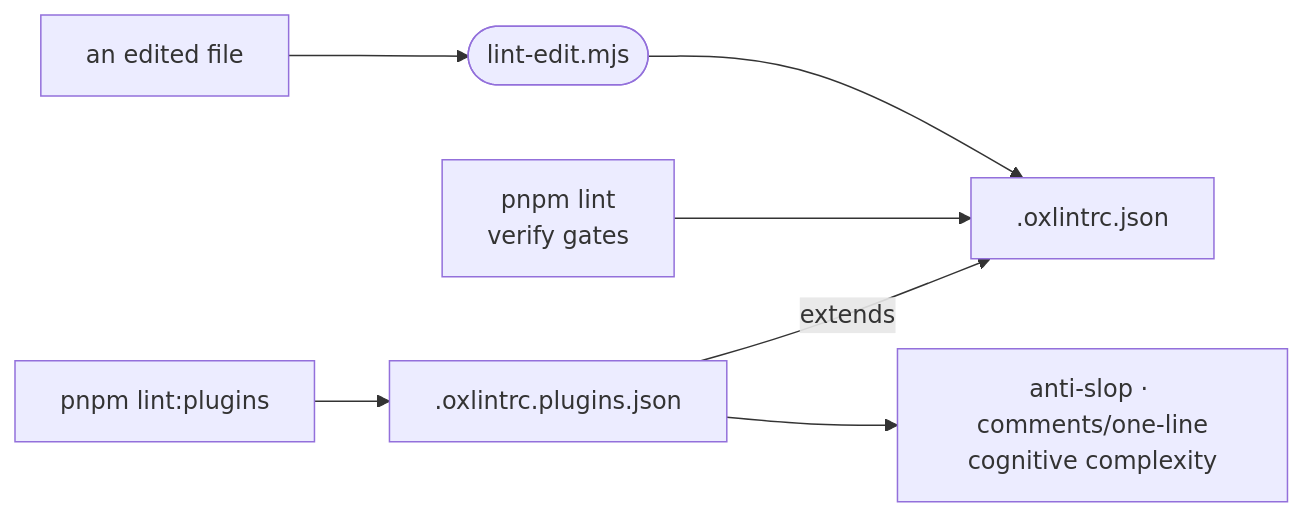
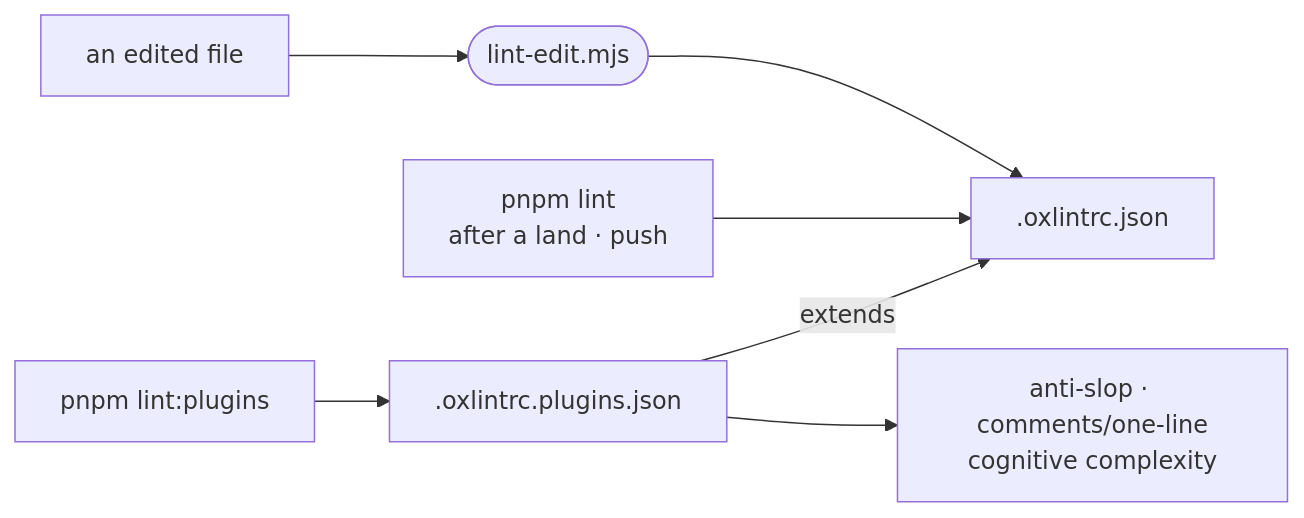
One commit to intentic/intentic changed the diagram in _tools/oxlint/README.md. Above: the diagram before and after it, drawn with Mermaid. The commit also changed other lines of this file and 178 other files, not shown here.

````diff
--- a/_tools/oxlint/README.md
+++ b/_tools/oxlint/README.md
@@ -5,9 +5,9 @@
 ```mermaid
 flowchart LR
     edit["an edited file"] --> hook(["lint-edit.mjs"])
     hook --> root[".oxlintrc.json"]
-    lint["pnpm lint<br/>verify gates"] --> root
+    lint["pnpm lint<br/>after a land · push"] --> root
     plugins["pnpm lint:plugins"] --> extra[".oxlintrc.plugins.json"]
     extra -->|"extends"| root
     extra --> rules["anti-slop · comments/one-line<br/>cognitive complexity"]
 ```
````
